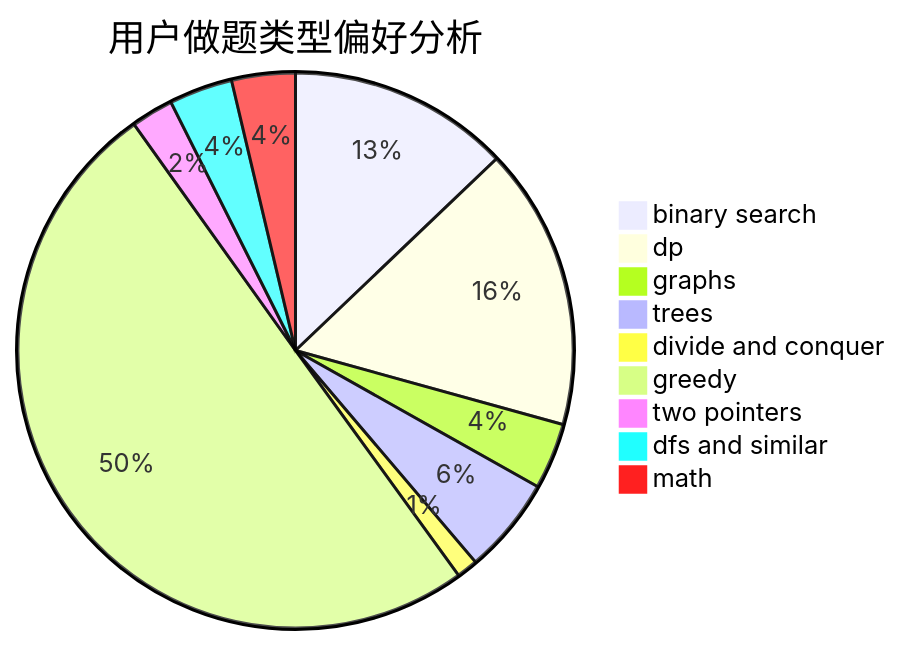
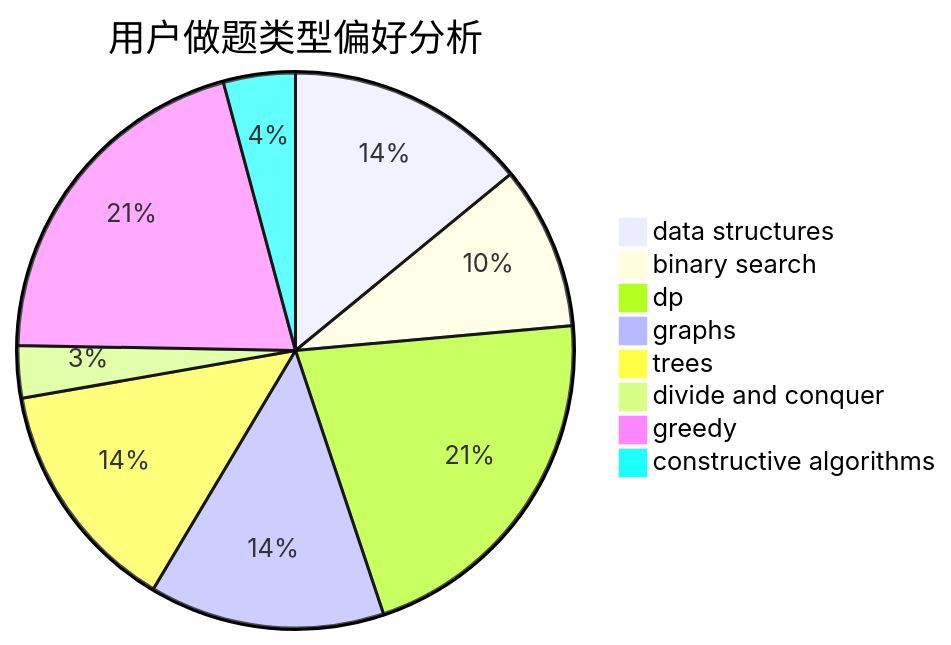
Before and after one commit to sherpahu/cfrs.github.io: the second of 3 diagrams in docs/user/u1407.md, drawn with Mermaid. The commit also changed other lines of this file and 2775 other files, not shown here.

````diff
--- a/docs/user/u1407.md
+++ b/docs/user/u1407.md
@@ -23,12 +23,11 @@
 ```mermaid
 pie title 用户做题类型偏好分析
-    "binary search" :  167
-    "dp" :  213
-    "graphs" :  50
-    "trees" :  73
-    "divide and conquer" :  16
-    "greedy" :  650
-    "two pointers" :  32
-    "dfs and similar" :  48
-    "math" :  48
+    "data structures" :  37
+    "binary search" :  25
+    "dp" :  56
+    "graphs" :  36
+    "trees" :  36
+    "divide and conquer" :  8
+    "greedy" :  54
+    "constructive algorithms" :  11
 ```
````
